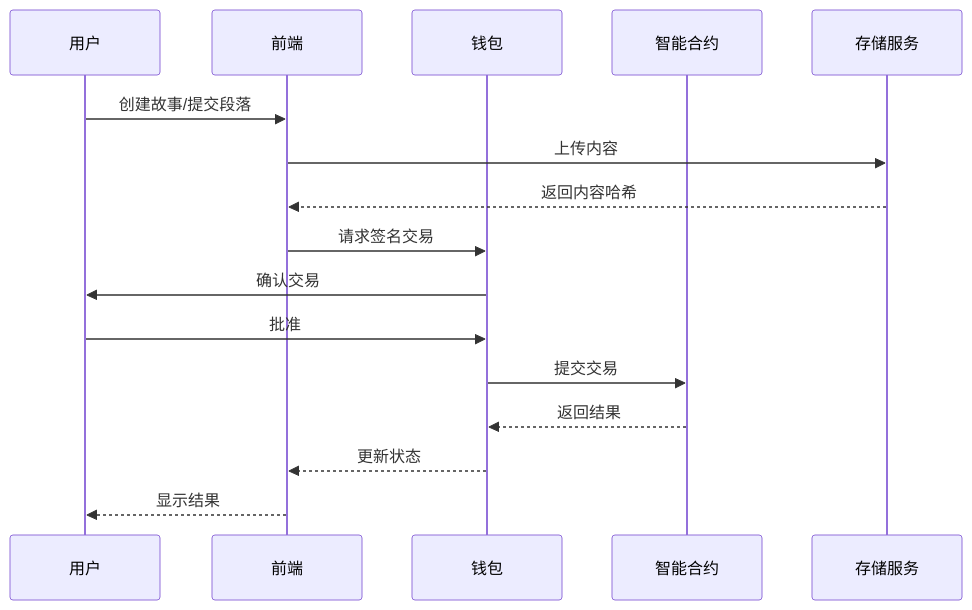
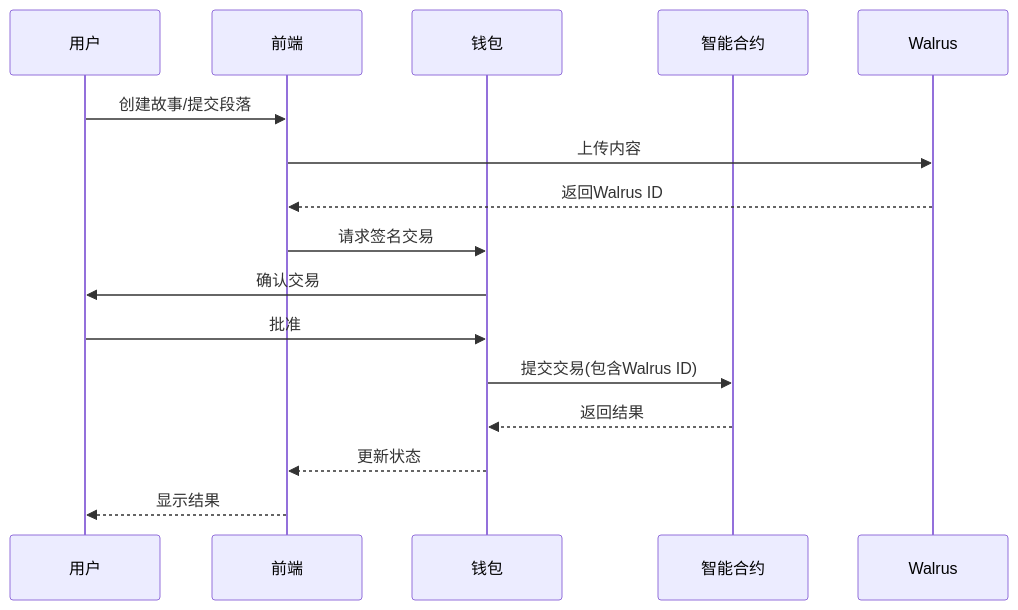
One commit to DudeGuuud/NarrFlow-Web3 changed the fourth of 13 diagrams in demonstrate.md. Above: the diagram before and after it, drawn with Mermaid. The commit also changed other lines of this file and 3 other files, not shown here.

````diff
--- a/demonstrate.md
+++ b/demonstrate.md
@@ -108,19 +109,19 @@
 ```mermaid
 sequenceDiagram
     participant 用户
     participant 前端
     participant 钱包
     participant 智能合约
-    participant 存储服务
+    participant Walrus
     
     用户->>前端: 创建故事/提交段落
-    前端->>存储服务: 上传内容
-    存储服务-->>前端: 返回内容哈希
+    前端->>Walrus: 上传内容
+    Walrus-->>前端: 返回Walrus ID
     前端->>钱包: 请求签名交易
     钱包->>用户: 确认交易
     用户->>钱包: 批准
-    钱包->>智能合约: 提交交易
+    钱包->>智能合约: 提交交易(包含Walrus ID)
     智能合约-->>钱包: 返回结果
     钱包-->>前端: 更新状态
     前端-->>用户: 显示结果
 ```
````
